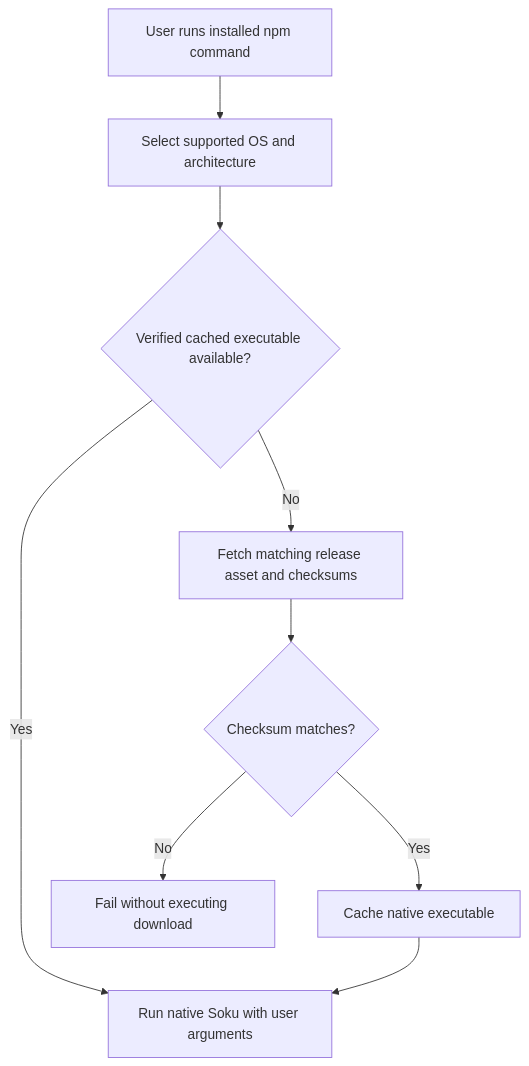
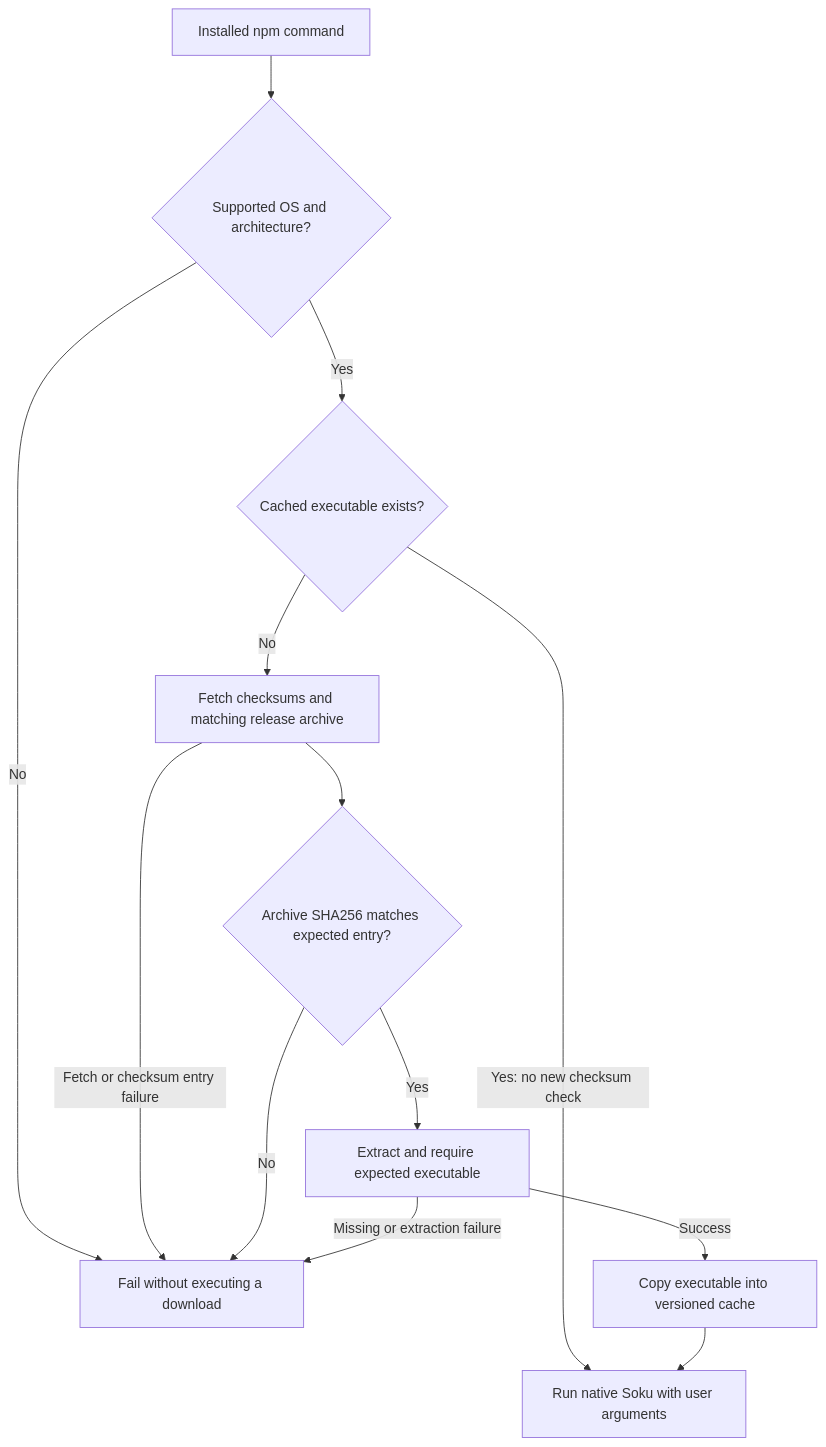
One commit to Soku-JINSEOK/Soku-Convention-Boilerplate changed the diagram in soku/npm/README.md. Above: the diagram before and after it, drawn with Mermaid. The commit also changed other lines of this file and 30 other files, not shown here.

First line of the commit message:
📚 docs(diagrams): align English views with implemented behavior

````diff
--- a/soku/npm/README.md
+++ b/soku/npm/README.md
@@ -9,11 +9,15 @@
 ```mermaid
 flowchart TD
-  command["User runs installed npm command"] --> platform["Select supported OS and architecture"]
-  platform --> cached{"Verified cached executable available?"}
-  cached -->|"Yes"| execute["Run native Soku with user arguments"]
-  cached -->|"No"| fetchNode["Fetch matching release asset and checksums"]
-  fetchNode --> checksum{"Checksum matches?"}
-  checksum -->|"No"| refuse["Fail without executing download"]
-  checksum -->|"Yes"| cache["Cache native executable"]
+  command["Installed npm command"] --> platform{"Supported OS and architecture?"}
+  platform -->|"No"| refuse["Fail without executing a download"]
+  platform -->|"Yes"| cached{"Cached executable exists?"}
+  cached -->|"Yes: no new checksum check"| execute["Run native Soku with user arguments"]
+  cached -->|"No"| fetchNode["Fetch checksums and matching release archive"]
+  fetchNode -->|"Fetch or checksum entry failure"| refuse
+  fetchNode --> checksum{"Archive SHA256 matches expected entry?"}
+  checksum -->|"No"| refuse
+  checksum -->|"Yes"| extract["Extract and require expected executable"]
+  extract -->|"Missing or extraction failure"| refuse
+  extract -->|"Success"| cache["Copy executable into versioned cache"]
   cache --> execute
 ```
````
